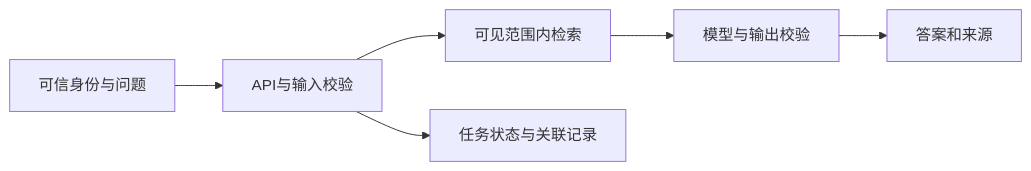
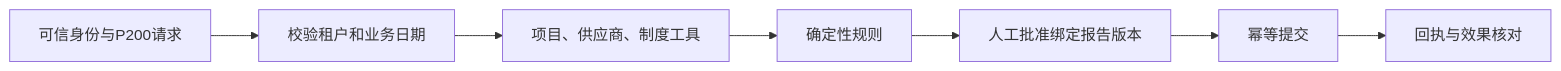
One commit to borderf/python-agent-lab changed the diagram in docs/python-book/30-转行准备、项目讲述与系统设计面试.md. Above: the diagram before and after it, drawn with Mermaid. The commit also changed other lines of this file and 34 other files, not shown here.

````diff
--- a/docs/python-book/30-转行准备、项目讲述与系统设计面试.md
+++ b/docs/python-book/30-转行准备、项目讲述与系统设计面试.md
@@ -41,8 +53,9 @@
 ```mermaid
 flowchart LR
-    U[可信身份与问题] --> A[API与输入校验]
-    A --> R[可见范围内检索]
-    R --> M[模型与输出校验]
-    M --> E[答案和来源]
-    A --> S[任务状态与关联记录]
+    U[可信身份与P200请求] --> V[校验租户和业务日期]
+    V --> T[项目、供应商、制度工具]
+    T --> R[确定性规则]
+    R --> A[人工批准绑定报告版本]
+    A --> W[幂等提交]
+    W --> E[回执与效果核对]
 ```
````
